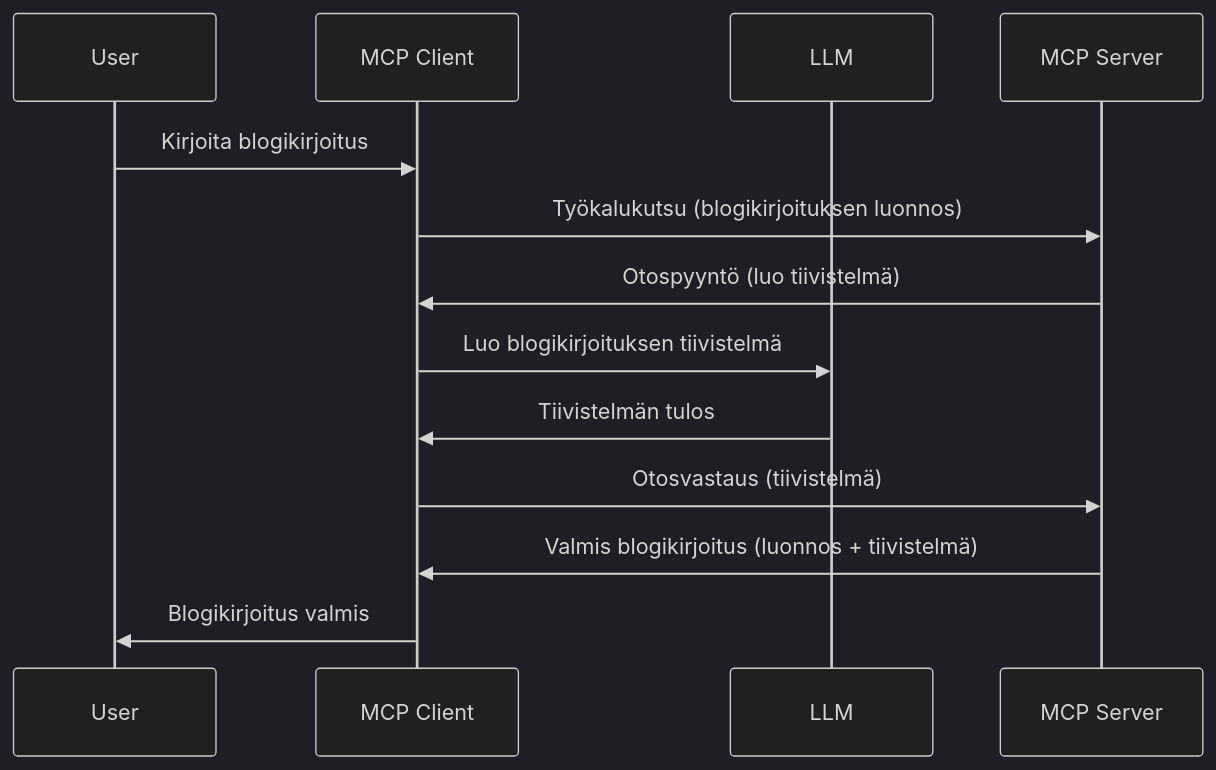
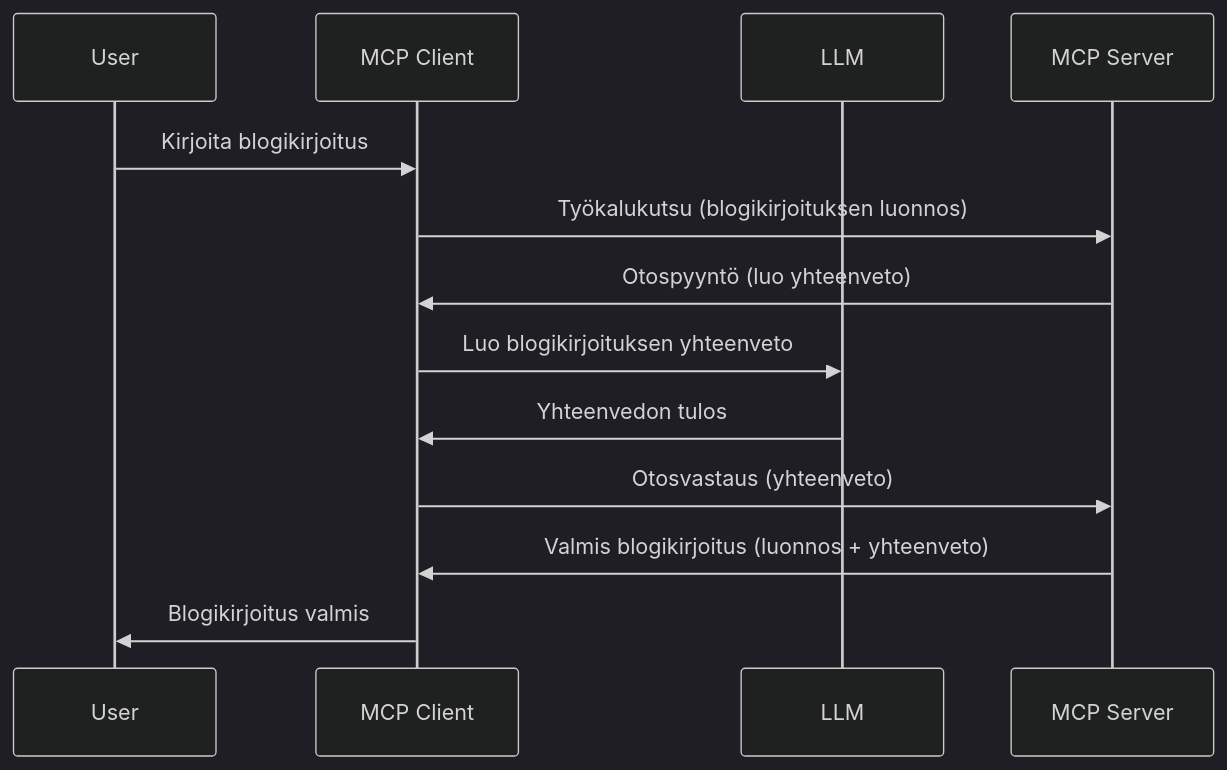
The diagram in mcp_ecosystem__model_context_protocol/mcp_learning_resources/mcp-for-beginners/translations/fi/03-GettingStarted/14-sampling/README.md (HIDORAKAI002/ai-workspace-archive), drawn with Mermaid (dark theme) before and after one commit. The commit also changed other lines of this file and 1046 other files, not shown here.

````diff
--- a/mcp_ecosystem__model_context_protocol/mcp_learning_resources/mcp-for-beginners/translations/fi/03-GettingStarted/14-sampling/README.md
+++ b/mcp_ecosystem__model_context_protocol/mcp_learning_resources/mcp-for-beginners/translations/fi/03-GettingStarted/14-sampling/README.md
@@ -23,16 +25,16 @@
 ```mermaid
 sequenceDiagram
     participant User
     participant MCP Client
     participant LLM
     participant MCP Server
 
     User->>MCP Client: Kirjoita blogikirjoitus
     MCP Client->>MCP Server: Työkalukutsu (blogikirjoituksen luonnos)
-    MCP Server->>MCP Client: Otospyyntö (luo tiivistelmä)
-    MCP Client->>LLM: Luo blogikirjoituksen tiivistelmä
-    LLM->>MCP Client: Tiivistelmän tulos
-    MCP Client->>MCP Server: Otosvastaus (tiivistelmä)
-    MCP Server->>MCP Client: Valmis blogikirjoitus (luonnos + tiivistelmä)
+    MCP Server->>MCP Client: Otospyyntö (luo yhteenveto)
+    MCP Client->>LLM: Luo blogikirjoituksen yhteenveto
+    LLM->>MCP Client: Yhteenvedon tulos
+    MCP Client->>MCP Server: Otosvastaus (yhteenveto)
+    MCP Server->>MCP Client: Valmis blogikirjoitus (luonnos + yhteenveto)
     MCP Client->>User: Blogikirjoitus valmis
 ```
````
